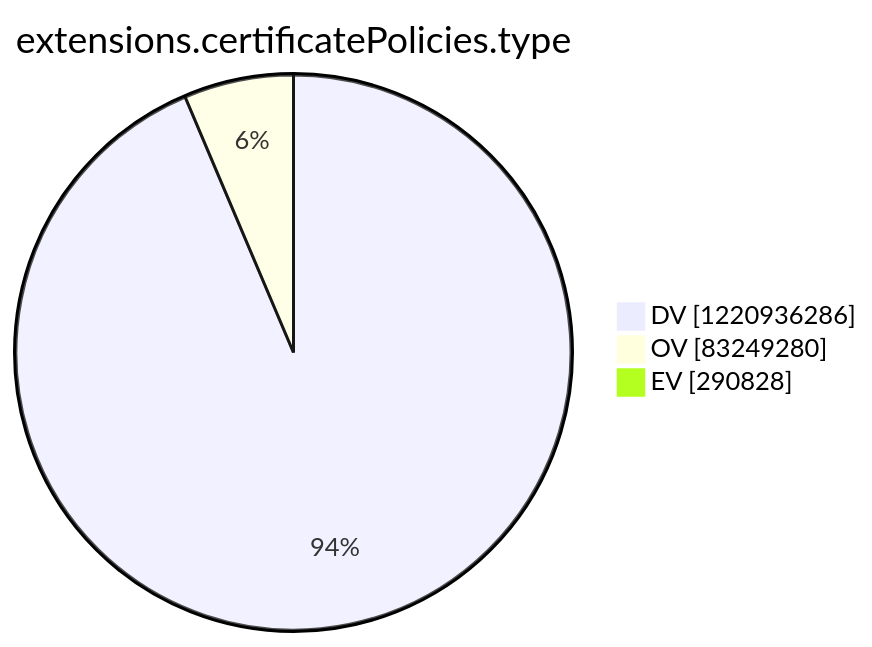
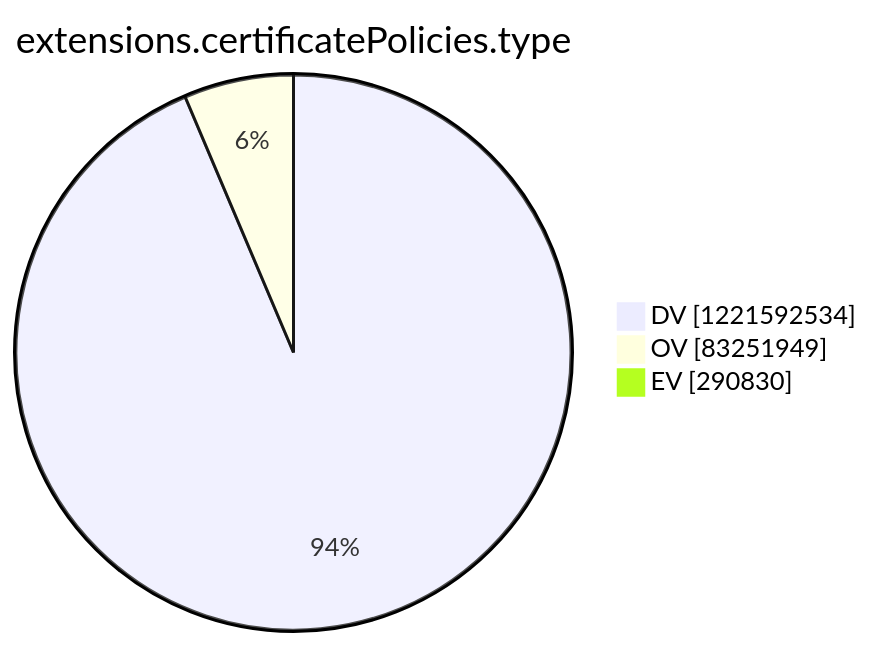
One commit to christiankrug/ctmonitor_visualization changed the tenth of 15 diagrams in argon2022/README.md. Above: the diagram before and after it, drawn with Mermaid. The commit also changed other lines of this file, not shown here.

````diff
--- a/argon2022/README.md
+++ b/argon2022/README.md
@@ -2769,7 +2769,7 @@
 ```mermaid
 pie showData
 title extensions.certificatePolicies.type
-"DV" :1220936286
-"OV" :83249280
-"EV" :290828
+"DV" :1221592534
+"OV" :83251949
+"EV" :290830
 ```
````
